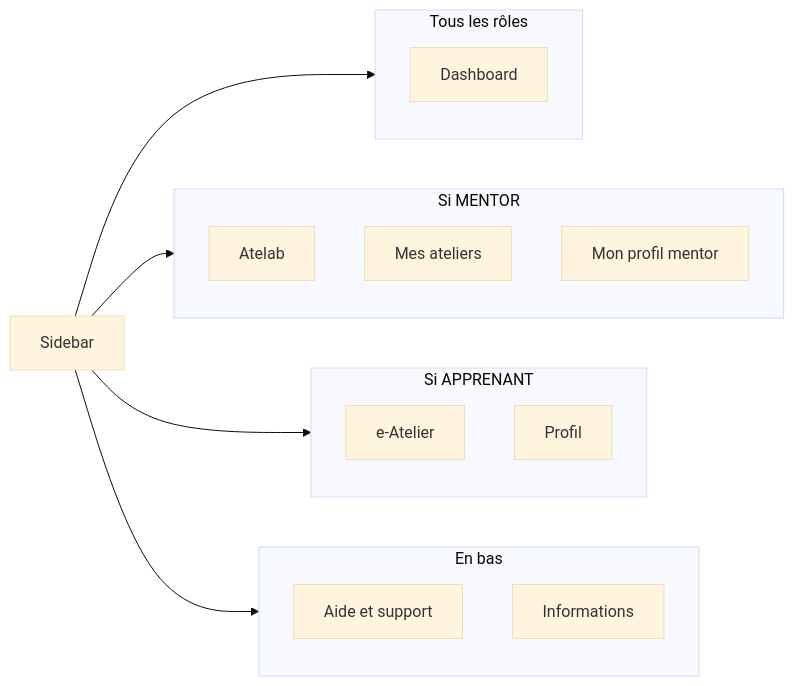
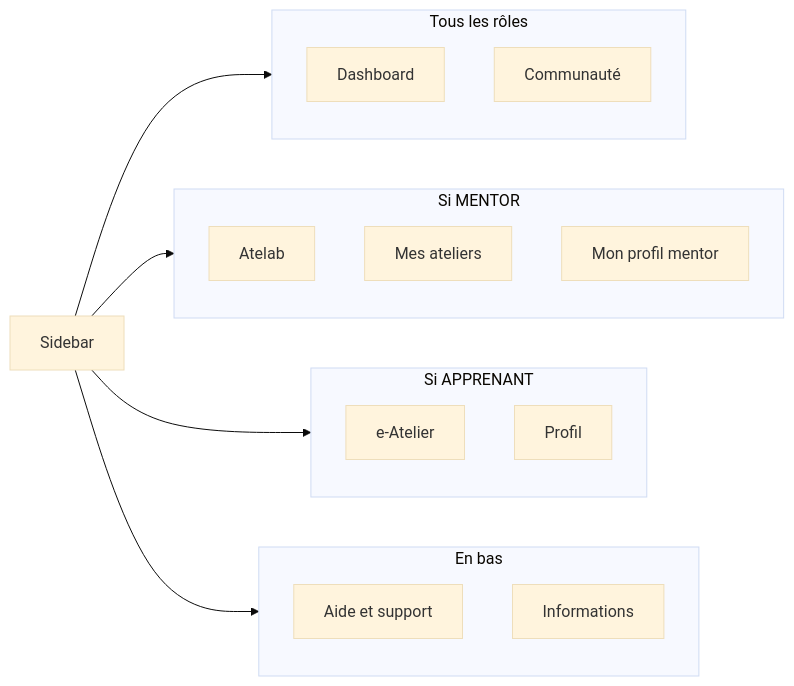
Before and after one commit to alice-444/ls_app: the third of 4 diagrams in docs/front.md, drawn with Mermaid (base theme). The commit also changed other lines of this file and 41 other files, not shown here.

````diff
--- a/docs/front.md
+++ b/docs/front.md
@@ -125,27 +127,28 @@
 ```mermaid
 flowchart LR
   subgraph Commun["Tous les rôles"]
     A[Dashboard]
+    B[Communauté]
   end
 
   subgraph Mentor["Si MENTOR"]
     E[Atelab]
     F[Mes ateliers]
     G[Mon profil mentor]
   end
 
   subgraph Apprenant["Si APPRENANT"]
     H[e-Atelier]
     I[Profil]
   end
 
   subgraph Bas["En bas"]
     J[Aide et support]
     K[Informations]
   end
 
   Sidebar[Sidebar] --> Commun
   Sidebar --> Mentor
   Sidebar --> Apprenant
   Sidebar --> Bas
 ```
````
